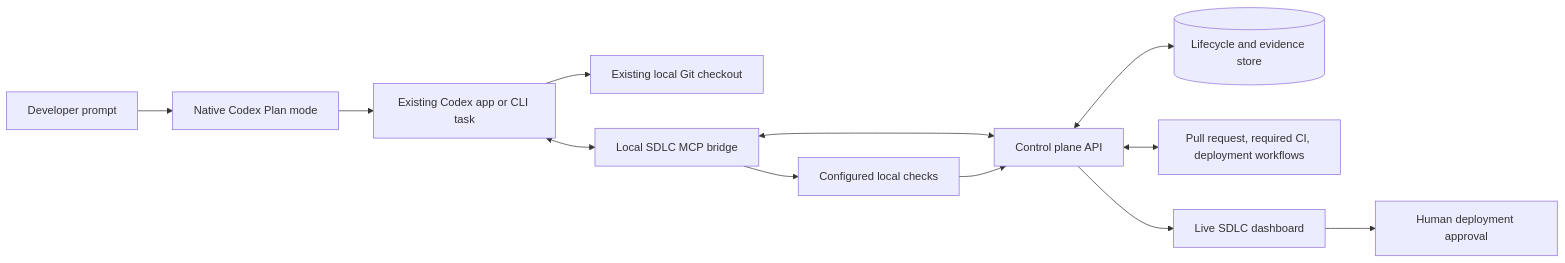
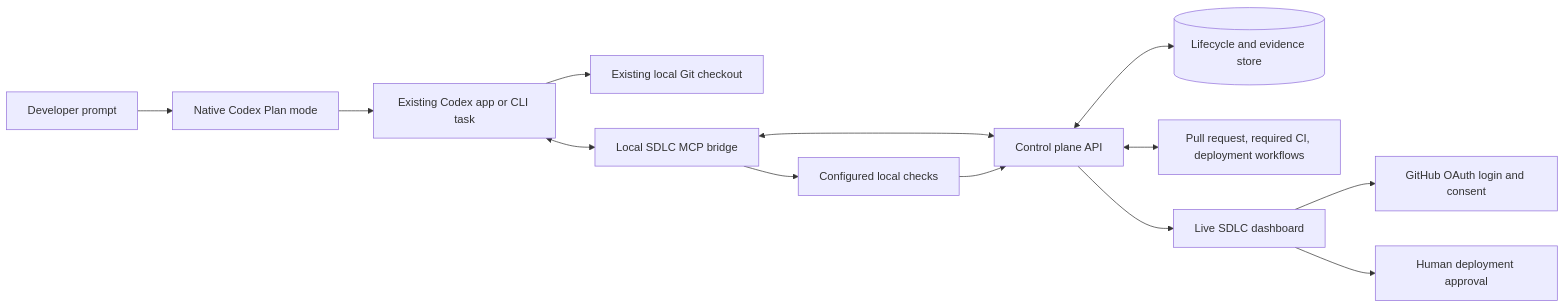
One commit to Melaonn/autonomouscodingagent changed the diagram in HOW-IT-WORKS.md. Above: the diagram before and after it, drawn with Mermaid. The commit also changed other lines of this file and 18 other files, not shown here.

Commit message:
Use GitHub OAuth for dashboard access

````diff
--- a/HOW-IT-WORKS.md
+++ b/HOW-IT-WORKS.md
@@ -5,14 +5,15 @@
 ```mermaid
 flowchart LR
   User[Developer prompt] --> Plan[Native Codex Plan mode]
   Plan --> Codex[Existing Codex app or CLI task]
   Codex --> Workspace[Existing local Git checkout]
   Codex <--> MCP[Local SDLC MCP bridge]
   MCP <--> API[Control plane API]
   API <--> DB[(Lifecycle and evidence store)]
   MCP --> Checks[Configured local checks]
   Checks --> API
   API <--> GitHub[Pull request, required CI, deployment workflows]
   API --> Dashboard[Live SDLC dashboard]
+  Dashboard --> OAuth[GitHub OAuth login and consent]
   Dashboard --> Approval[Human deployment approval]
 ```
````
